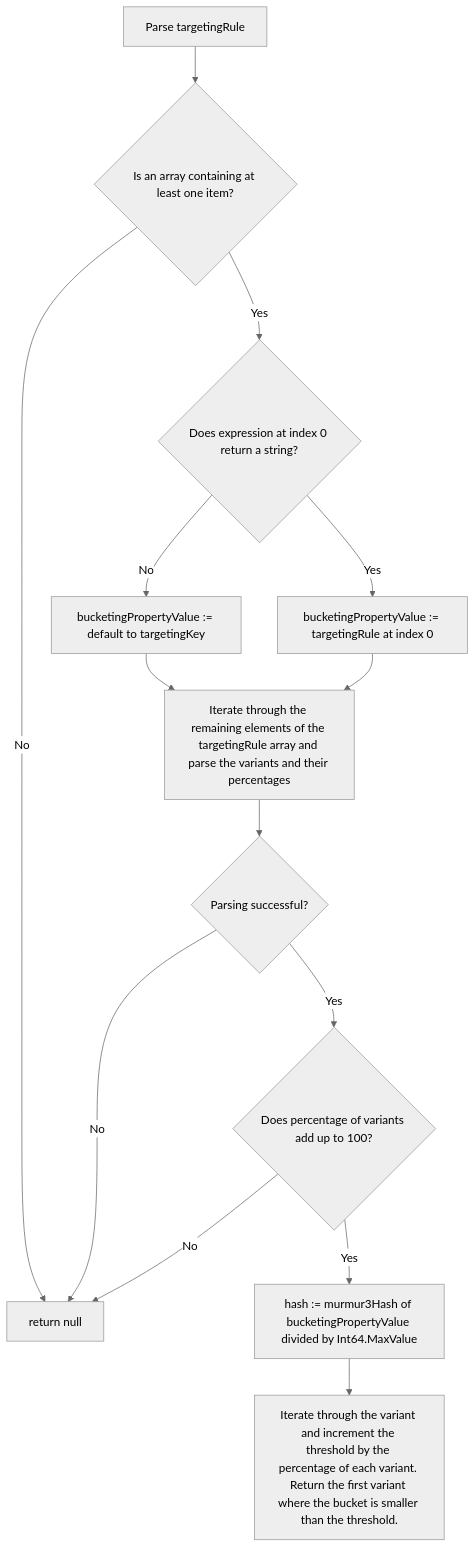
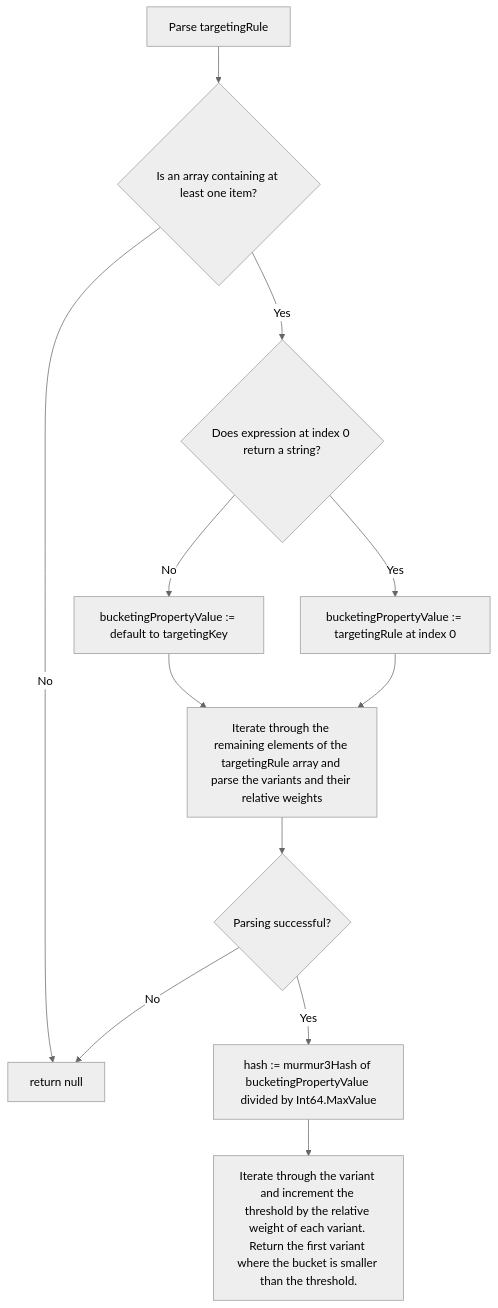
One commit to open-feature/flagd changed the diagram in docs/reference/specifications/custom-operations/fractional-operation-spec.md. Above: the diagram before and after it, drawn with Mermaid (neutral theme). The commit also changed other lines of this file and 1 other file, not shown here.

````diff
--- a/docs/reference/specifications/custom-operations/fractional-operation-spec.md
+++ b/docs/reference/specifications/custom-operations/fractional-operation-spec.md
@@ -68,16 +108,14 @@
 ```mermaid
 flowchart TD
 A[Parse targetingRule] --> B{Is an array containing at least one item?};
 B -- Yes --> C{Does expression at index 0 return a string?};
 B -- No --> D[return null]
 C -- No --> E[bucketingPropertyValue := default to targetingKey];
 C -- Yes --> F[bucketingPropertyValue := targetingRule at index 0];
-E --> G[Iterate through the remaining elements of the targetingRule array and parse the variants and their percentages];
+E --> G[Iterate through the remaining elements of the targetingRule array and parse the variants and their relative weights];
 F --> G;
 G --> H{Parsing successful?};
 H -- No --> D;
-H -- Yes --> I{Does percentage of variants add up to 100?};
-I -- No --> D;
-I -- Yes --> J[hash := murmur3Hash of bucketingPropertyValue divided by Int64.MaxValue]
-J --> K[Iterate through the variant and increment the threshold by the percentage of each variant. Return the first variant where the bucket is smaller than the threshold.]
+H -- Yes --> J[hash := murmur3Hash of bucketingPropertyValue divided by Int64.MaxValue]
+J --> K[Iterate through the variant and increment the threshold by the relative weight of each variant. Return the first variant where the bucket is smaller than the threshold.]
 ```
````
